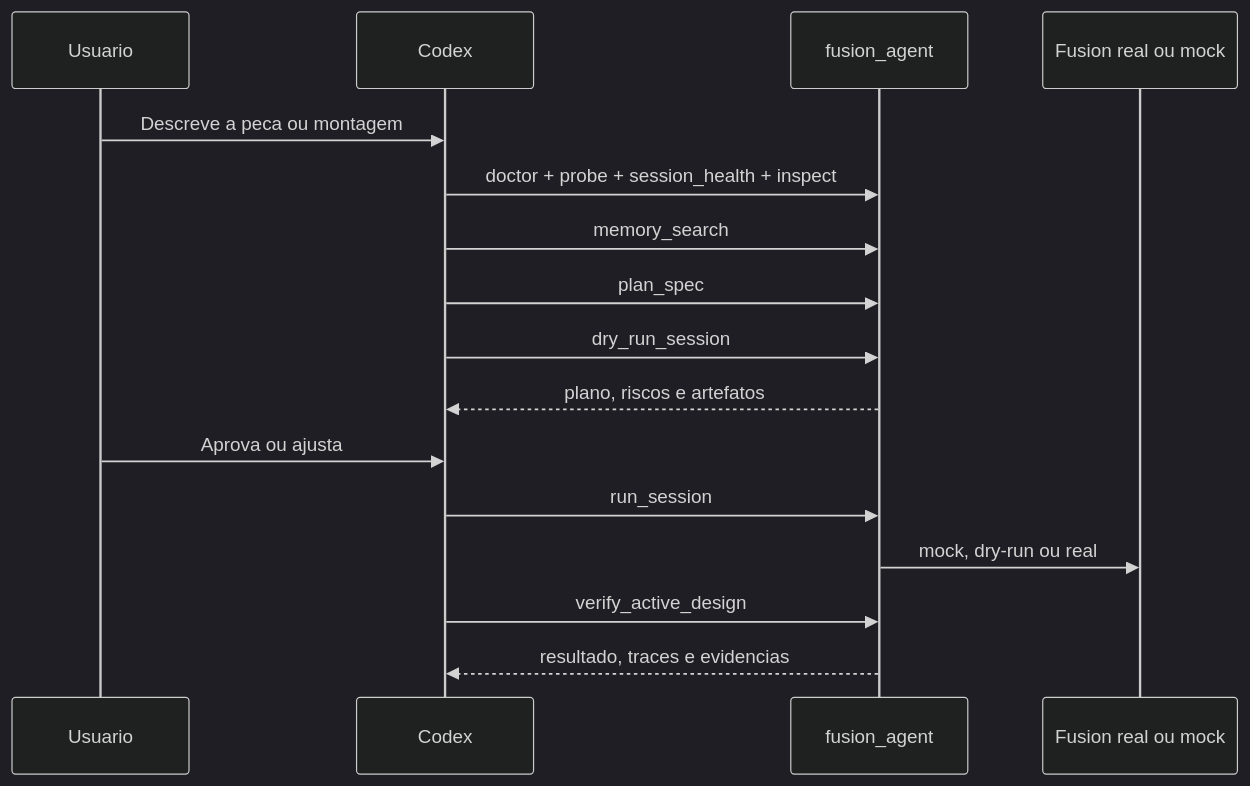
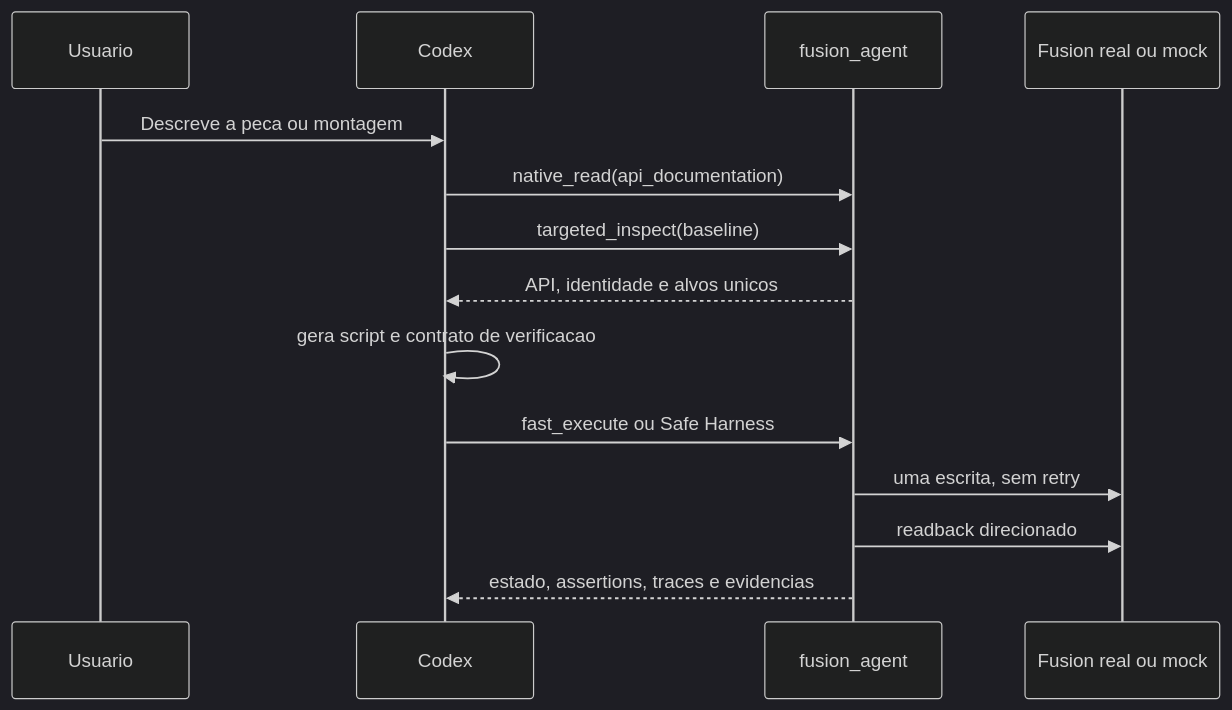
The third of 4 diagrams in README.md (matheusfalcaopinto/Fusion360-Plugin), drawn with Mermaid (dark theme) before and after one commit. The commit also changed other lines of this file and 275 other files, not shown here.

````diff
--- a/README.md
+++ b/README.md
@@ -296,19 +310,17 @@
 ```mermaid
 sequenceDiagram
   participant U as Usuario
   participant C as Codex
   participant H as fusion_agent
   participant F as Fusion real ou mock
 
   U->>C: Descreve a peca ou montagem
-  C->>H: doctor + probe + session_health + inspect
-  C->>H: memory_search
-  C->>H: plan_spec
-  C->>H: dry_run_session
-  H-->>C: plano, riscos e artefatos
-  U->>C: Aprova ou ajusta
-  C->>H: run_session
-  H->>F: mock, dry-run ou real
-  C->>H: verify_active_design
-  H-->>C: resultado, traces e evidencias
+  C->>H: native_read(api_documentation)
+  C->>H: targeted_inspect(baseline)
+  H-->>C: API, identidade e alvos unicos
+  C->>C: gera script e contrato de verificacao
+  C->>H: fast_execute ou Safe Harness
+  H->>F: uma escrita, sem retry
+  H->>F: readback direcionado
+  H-->>C: estado, assertions, traces e evidencias
 ```
````
